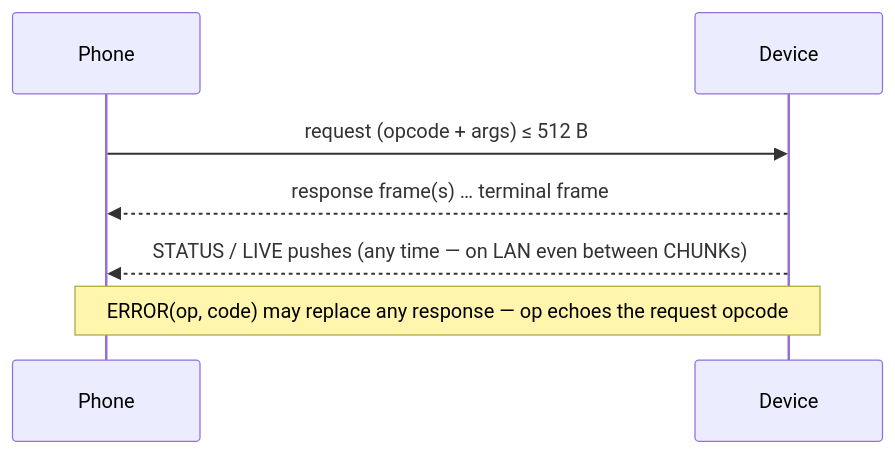
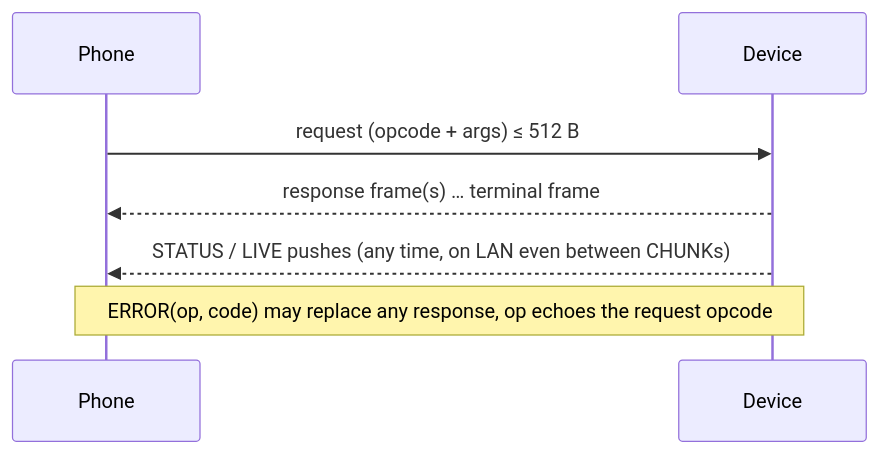
The diagram in docs/protocol-quickref.md (walkthru-earth/opensensor-space-mobile), drawn with Mermaid before and after one commit. The commit also changed other lines of this file and 99 other files, not shown here.

````diff
--- a/docs/protocol-quickref.md
+++ b/docs/protocol-quickref.md
@@ -11,9 +11,9 @@
 ```mermaid
 sequenceDiagram
   participant P as Phone
   participant D as Device
   P->>D: request (opcode + args) ≤ 512 B
   D-->>P: response frame(s) … terminal frame
-  D-->>P: STATUS / LIVE pushes (any time — on LAN even between CHUNKs)
-  Note over P,D: ERROR(op, code) may replace any response — op echoes the request opcode
+  D-->>P: STATUS / LIVE pushes (any time, on LAN even between CHUNKs)
+  Note over P,D: ERROR(op, code) may replace any response, op echoes the request opcode
 ```
````
